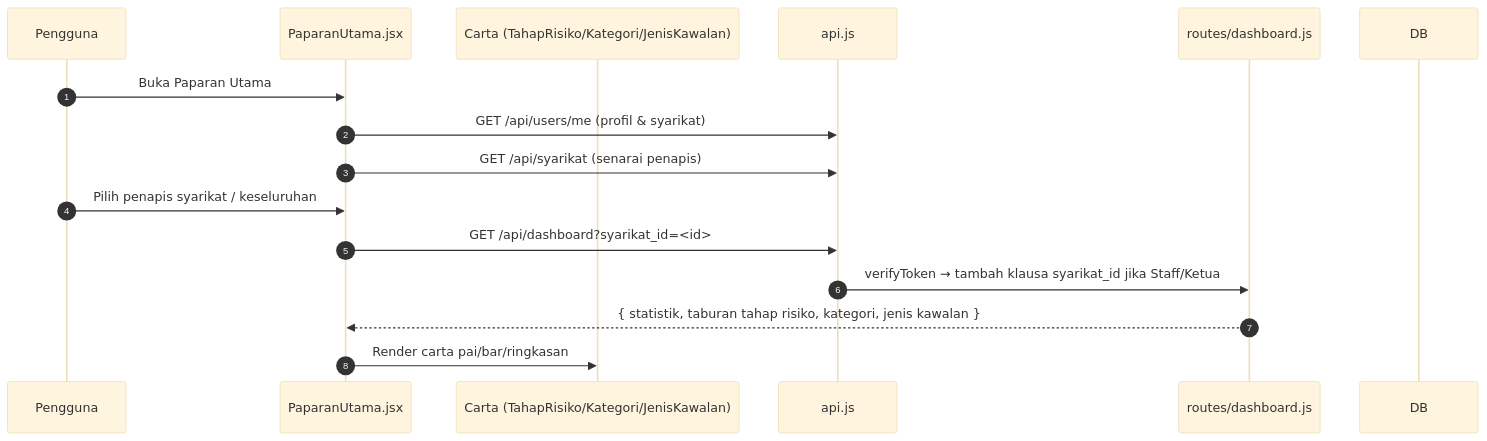
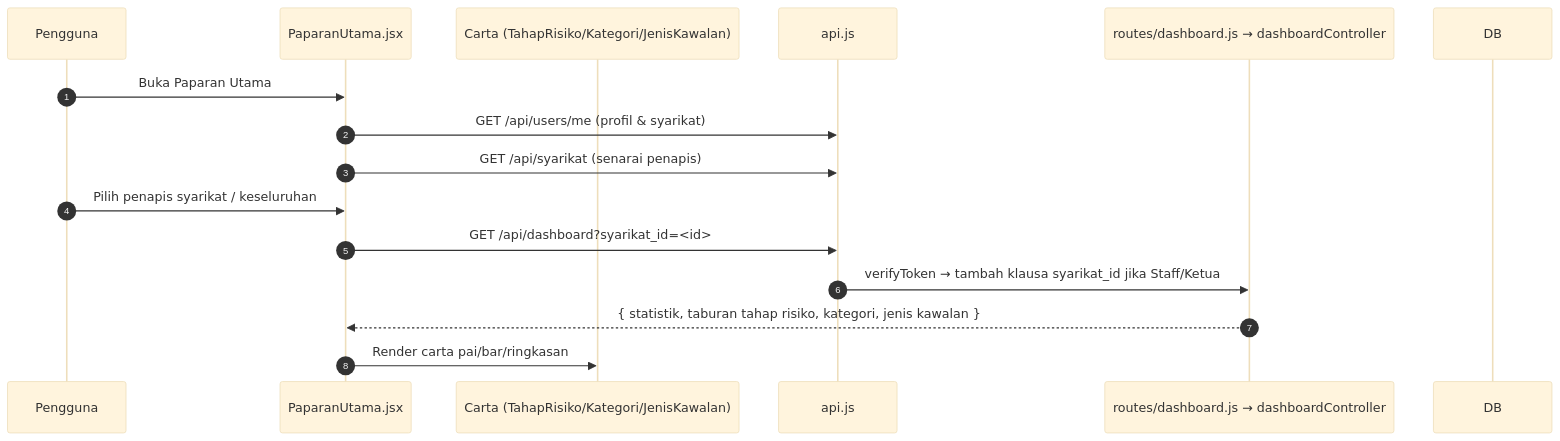
One commit to aimaniss/RiskManagementSystem changed the diagram in docs/pipeline/07-dashboard.md. Above: the diagram before and after it, drawn with Mermaid (base theme). The commit also changed 35 other files, not shown here.

````diff
--- a/docs/pipeline/07-dashboard.md
+++ b/docs/pipeline/07-dashboard.md
@@ -10,19 +10,19 @@
 ```mermaid
 sequenceDiagram
   autonumber
   participant U as Pengguna
   participant D as PaparanUtama.jsx
   participant C as Carta (TahapRisiko/Kategori/JenisKawalan)
   participant A as api.js
-  participant B as routes/dashboard.js
+  participant B as routes/dashboard.js → dashboardController
   participant DB as DB
 
   U->>D: Buka Paparan Utama
   D->>A: GET /api/users/me (profil & syarikat)
   D->>A: GET /api/syarikat (senarai penapis)
   U->>D: Pilih penapis syarikat / keseluruhan
   D->>A: GET /api/dashboard?syarikat_id=<id>
   A->>B: verifyToken → tambah klausa syarikat_id jika Staff/Ketua
   B-->>D: { statistik, taburan tahap risiko, kategori, jenis kawalan }
   D->>C: Render carta pai/bar/ringkasan
 ```
````
